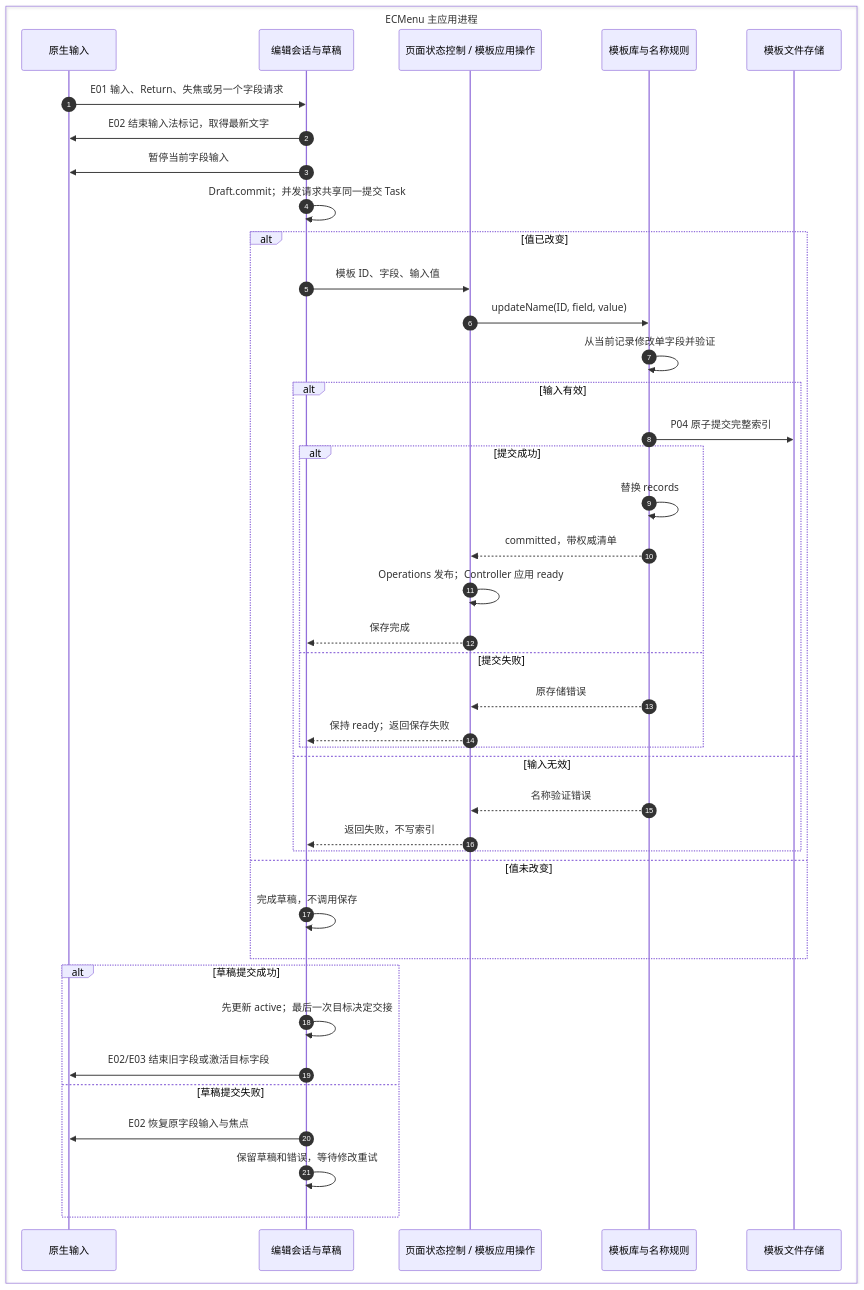
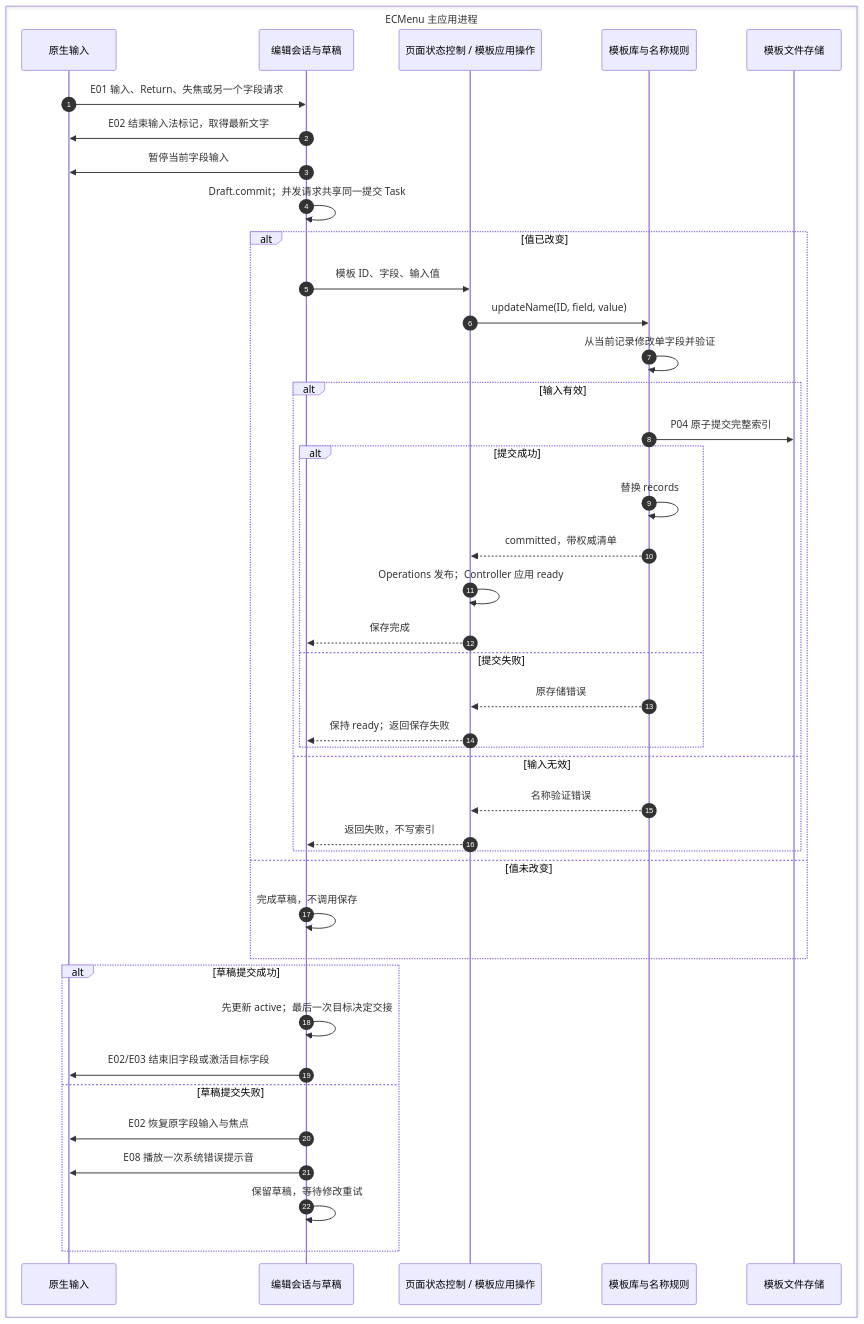
One commit to tlb-22/mac-tool-ecmenu changed the diagram in spec/Technical/Features/NewFileTemplates/Editing.md. Above: the diagram before and after it, drawn with Mermaid. The commit also changed other lines of this file and 10 other files, not shown here.

````diff
--- a/spec/Technical/Features/NewFileTemplates/Editing.md
+++ b/spec/Technical/Features/NewFileTemplates/Editing.md
@@ -9,44 +9,45 @@
 ```mermaid
 sequenceDiagram
     autonumber
     box ECMenu 主应用进程
         participant F as 原生输入
         participant E as 编辑会话与草稿
         participant C as 页面状态控制 / 模板应用操作
         participant L as 模板库与名称规则
         participant S as 模板文件存储
     end
     F->>E: E01 输入、Return、失焦或另一个字段请求
     E->>F: E02 结束输入法标记，取得最新文字
     E->>F: 暂停当前字段输入
     E->>E: Draft.commit；并发请求共享同一提交 Task
     alt 值已改变
         E->>C: 模板 ID、字段、输入值
         C->>L: updateName(ID, field, value)
         L->>L: 从当前记录修改单字段并验证
         alt 输入有效
             L->>S: P04 原子提交完整索引
             alt 提交成功
                 L->>L: 替换 records
                 L-->>C: committed，带权威清单
                 C->>C: Operations 发布；Controller 应用 ready
                 C-->>E: 保存完成
             else 提交失败
                 L-->>C: 原存储错误
                 C-->>E: 保持 ready；返回保存失败
             end
         else 输入无效
             L-->>C: 名称验证错误
             C-->>E: 返回失败，不写索引
         end
     else 值未改变
         E->>E: 完成草稿，不调用保存
     end
     alt 草稿提交成功
         E->>E: 先更新 active；最后一次目标决定交接
         E->>F: E02/E03 结束旧字段或激活目标字段
     else 草稿提交失败
         E->>F: E02 恢复原字段输入与焦点
-        E->>E: 保留草稿和错误，等待修改重试
+        E->>F: E08 播放一次系统错误提示音
+        E->>E: 保留草稿，等待修改重试
     end
 ```
````
